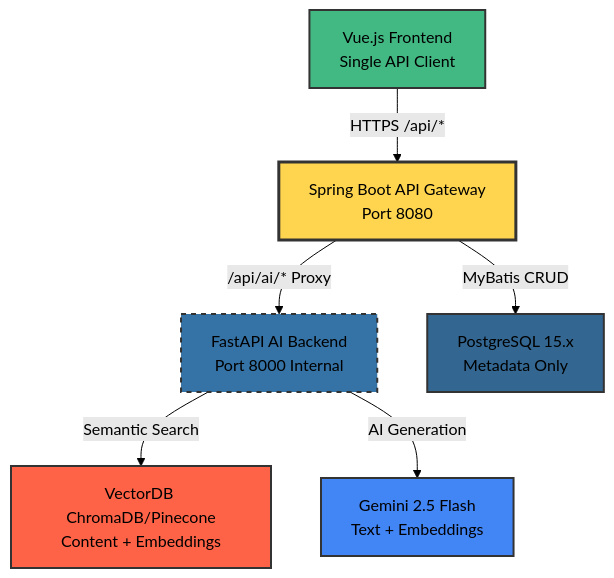
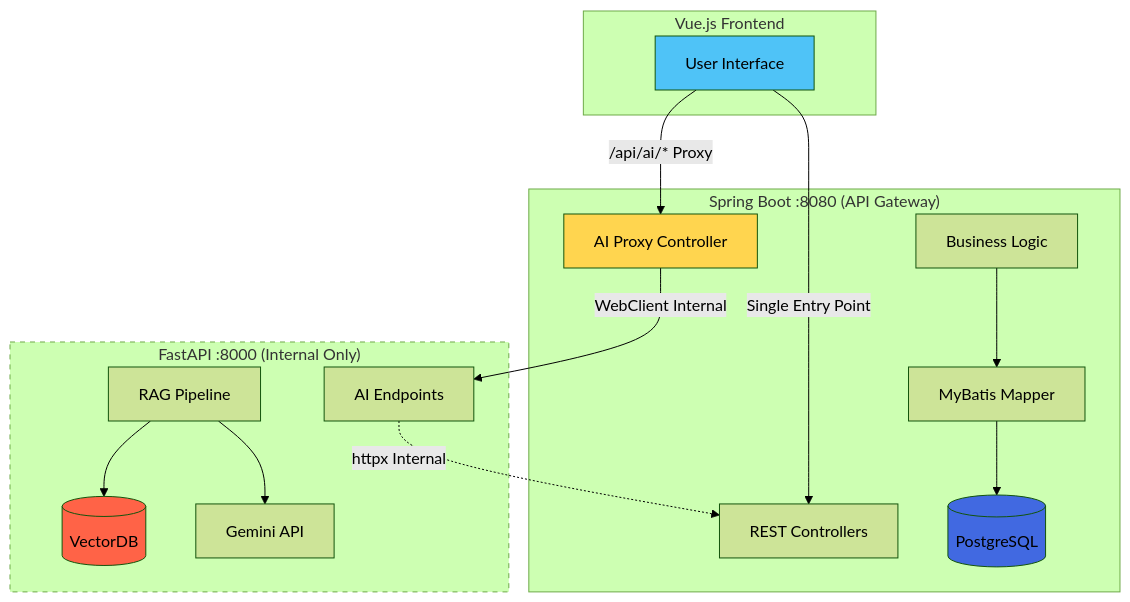
Before and after one commit to SideProjectSFY/gaji: the diagram in README.md, drawn with Mermaid (forest theme). The commit also changed other lines of this file, not shown here.

Commit message:
docs: Update README.md to enhance project description and architecture details

````diff
--- a/README.md
+++ b/README.md
@@ -72,15 +15,39 @@
 ```mermaid
-graph TD
-    A[Vue.js Frontend<br/>Single API Client] -->|HTTPS /api/*| B[Spring Boot API Gateway<br/>Port 8080]
-    B -->|/api/ai/* Proxy| C[FastAPI AI Backend<br/>Port 8000 Internal]
-    B -->|MyBatis CRUD| D[PostgreSQL 15.x<br/>Metadata Only]
-    C -->|Semantic Search| E[VectorDB ChromaDB/Pinecone<br/>Content + Embeddings]
-    C -->|AI Generation| F[Gemini 2.5 Flash<br/>Text + Embeddings]
+graph TB
+    subgraph Frontend["Vue.js Frontend"]
+        UI[User Interface]
+    end
 
-    style A fill:#42b883,stroke:#333,stroke-width:2px
-    style B fill:#FFD54F,stroke:#333,stroke-width:3px
-    style C fill:#3572A5,stroke:#333,stroke-width:2px,stroke-dasharray: 5 5
-    style D fill:#336791,stroke:#333,stroke-width:2px
-    style E fill:#FF6347,stroke:#333,stroke-width:2px
-    style F fill:#4285F4,stroke:#333,stroke-width:2px
+    subgraph SpringBoot["Spring Boot :8080 (API Gateway)"]
+        API1[REST Controllers]
+        PROXY[AI Proxy Controller]
+        BIZ[Business Logic]
+        MYBATIS[MyBatis Mapper]
+        PG[(PostgreSQL)]
+    end
+
+    subgraph FastAPI["FastAPI :8000 (Internal Only)"]
+        API2[AI Endpoints]
+        RAG[RAG Pipeline]
+        VDB[(VectorDB)]
+        GEMINI[Gemini API]
+    end
+
+    UI -->|Single Entry Point| API1
+    UI -->|/api/ai/* Proxy| PROXY
+
+    PROXY -->|WebClient Internal| API2
+    API2 -.->|httpx Internal| API1
+
+    BIZ --> MYBATIS
+    MYBATIS --> PG
+
+    RAG --> VDB
+    RAG --> GEMINI
+
+    style UI fill:#4FC3F7
+    style PROXY fill:#FFD54F
+    style PG fill:#4169E1
+    style VDB fill:#FF6347
+    style FastAPI stroke-dasharray: 5 5
 ```
````
